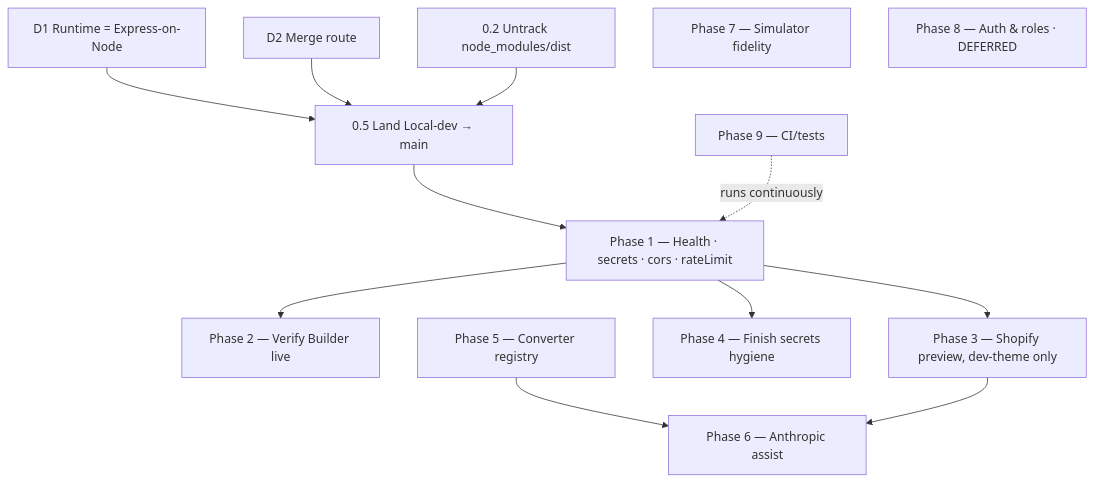
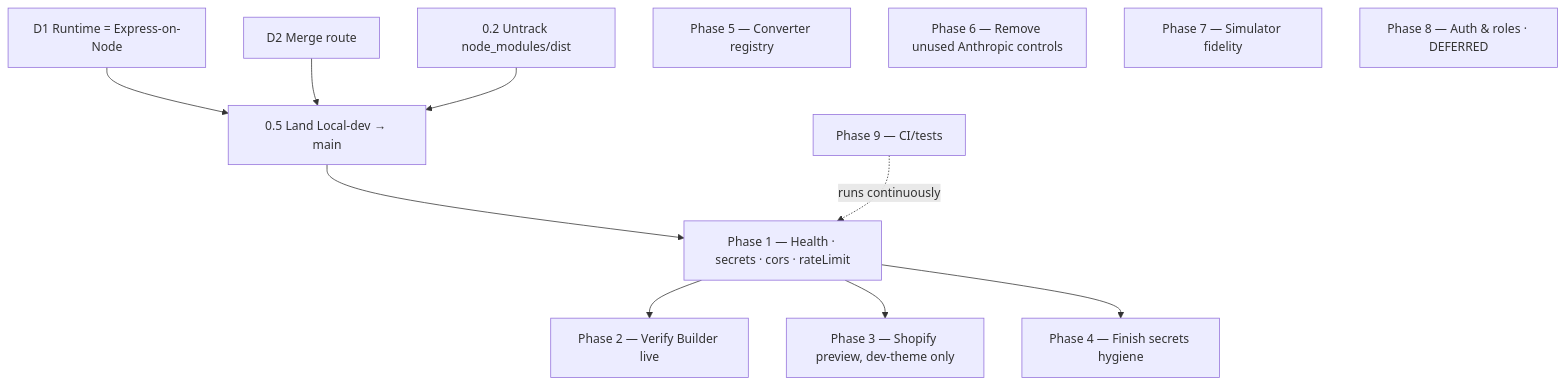
One commit to Ecommfox/sectionForge changed the diagram in docs/IMPLEMENTATION_ROADMAP.md. Above: the diagram before and after it, drawn with Mermaid. The commit also changed other lines of this file and 13 other files, not shown here.

````diff
--- a/docs/IMPLEMENTATION_ROADMAP.md
+++ b/docs/IMPLEMENTATION_ROADMAP.md
@@ -458,15 +458,15 @@
 ```mermaid
 graph TD
     D1[D1 Runtime = Express-on-Node] --> LAND[0.5 Land Local-dev → main]
     D2[D2 Merge route] --> LAND
     CLEAN[0.2 Untrack node_modules/dist] --> LAND
     LAND --> P1[Phase 1 — Health · secrets · cors · rateLimit]
     P1 --> P2[Phase 2 — Verify Builder live]
     P1 --> P3[Phase 3 — Shopify preview, dev-theme only]
     P1 --> P4[Phase 4 — Finish secrets hygiene]
-    P5[Phase 5 — Converter registry] --> P6[Phase 6 — Anthropic assist]
-    P3 --> P6
+    P5[Phase 5 — Converter registry]
+    P6[Phase 6 — Remove unused Anthropic controls]
     P7[Phase 7 — Simulator fidelity]
     P8[Phase 8 — Auth & roles · DEFERRED]
     P9[Phase 9 — CI/tests] -.runs continuously.-> P1
 ```
````
